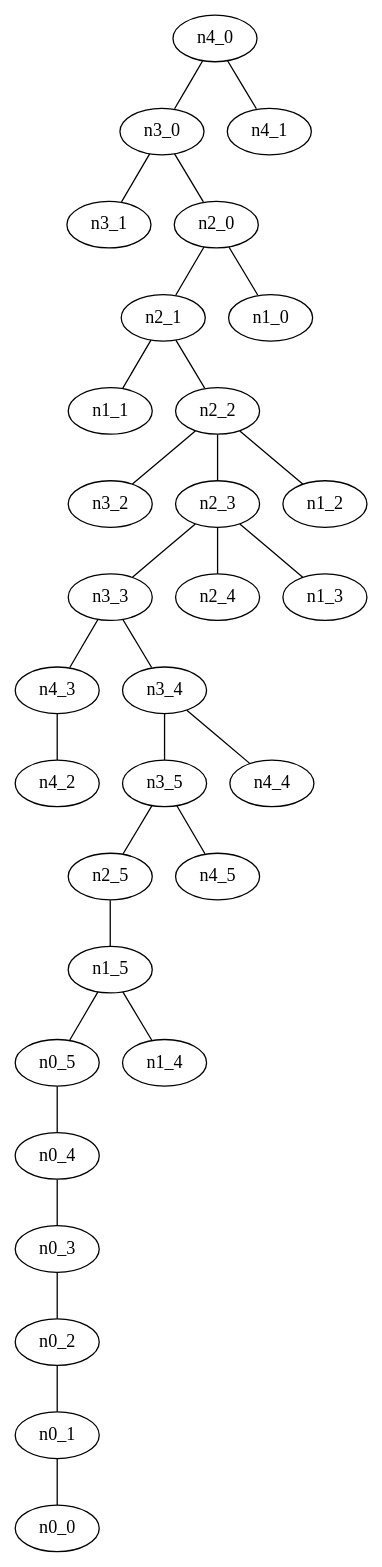
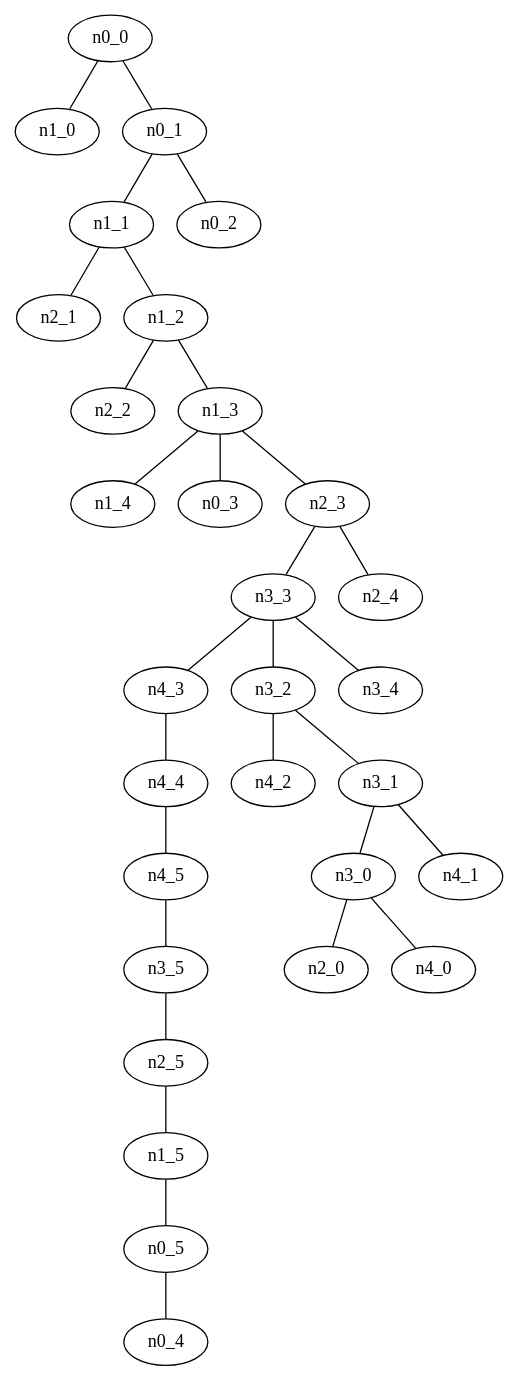
One commit to amorac4/DAA24 changed the diagram in Proyecto 2/ejemplos_grafos_buscados/grafo_malla_30_dfs_i.gv. Above: the diagram before and after it, drawn with Graphviz. The commit also changed 75 other files, not shown here.

```diff
--- a/Proyecto 2/ejemplos_grafos_buscados/grafo_malla_30_dfs_i.gv
+++ b/Proyecto 2/ejemplos_grafos_buscados/grafo_malla_30_dfs_i.gv
@@ -1,61 +1,61 @@
 graph G {
-"n4_0";
+"n4_3";
+"n1_0";
+"n3_3";
+"n3_0";
+"n4_4";
+"n4_5";
+"n2_0";
+"n4_1";
+"n2_2";
+"n1_3";
 "n0_5";
-"n0_4";
-"n1_1";
-"n3_0";
-"n4_1";
-"n0_1";
+"n2_5";
+"n4_2";
+"n1_4";
 "n3_5";
 "n3_2";
+"n2_4";
+"n1_1";
+"n0_3";
+"n4_0";
+"n0_4";
+"n3_4";
+"n2_1";
+"n0_0";
+"n1_5";
 "n3_1";
-"n3_3";
-"n2_2";
-"n1_5";
-"n2_1";
+"n2_3";
+"n0_1";
+"n1_2";
 "n0_2";
-"n4_3";
-"n4_2";
-"n2_5";
-"n1_0";
-"n4_4";
-"n2_4";
-"n2_3";
-"n4_5";
-"n1_2";
-"n1_4";
-"n1_3";
-"n3_4";
-"n2_0";
-"n0_0";
-"n0_3";
-    "n3_4" -- "n4_4";
-    "n2_0" -- "n1_0";
-    "n3_0" -- "n3_1";
+    "n0_0" -- "n1_0";
+    "n3_2" -- "n4_2";
+    "n3_1" -- "n4_1";
+    "n1_3" -- "n0_3";
+    "n0_5" -- "n0_4";
+    "n4_4" -- "n4_5";
+    "n1_2" -- "n2_2";
+    "n2_3" -- "n2_4";
+    "n3_2" -- "n3_1";
+    "n3_3" -- "n3_4";
+    "n2_5" -- "n1_5";
+    "n1_5" -- "n0_5";
+    "n0_0" -- "n0_1";
+    "n1_1" -- "n2_1";
+    "n1_2" -- "n1_3";
     "n3_3" -- "n4_3";
-    "n2_3" -- "n2_4";
-    "n2_2" -- "n3_2";
+    "n1_3" -- "n1_4";
+    "n3_0" -- "n2_0";
+    "n3_0" -- "n4_0";
+    "n3_3" -- "n3_2";
     "n3_5" -- "n2_5";
-    "n0_5" -- "n0_4";
-    "n2_3" -- "n1_3";
-    "n3_3" -- "n3_4";
-    "n0_3" -- "n0_2";
-    "n2_1" -- "n1_1";
-    "n2_2" -- "n1_2";
-    "n0_4" -- "n0_3";
-    "n1_5" -- "n1_4";
-    "n3_5" -- "n4_5";
-    "n4_0" -- "n4_1";
-    "n2_0" -- "n2_1";
-    "n4_0" -- "n3_0";
-    "n2_2" -- "n2_3";
-    "n3_0" -- "n2_0";
-    "n4_3" -- "n4_2";
+    "n1_1" -- "n1_2";
+    "n4_5" -- "n3_5";
+    "n1_3" -- "n2_3";
+    "n3_1" -- "n3_0";
     "n2_3" -- "n3_3";
-    "n2_5" -- "n1_5";
-    "n2_1" -- "n2_2";
-    "n3_4" -- "n3_5";
-    "n0_1" -- "n0_0";
-    "n1_5" -- "n0_5";
-    "n0_2" -- "n0_1";
+    "n4_3" -- "n4_4";
+    "n0_1" -- "n0_2";
+    "n0_1" -- "n1_1";
 }
```
